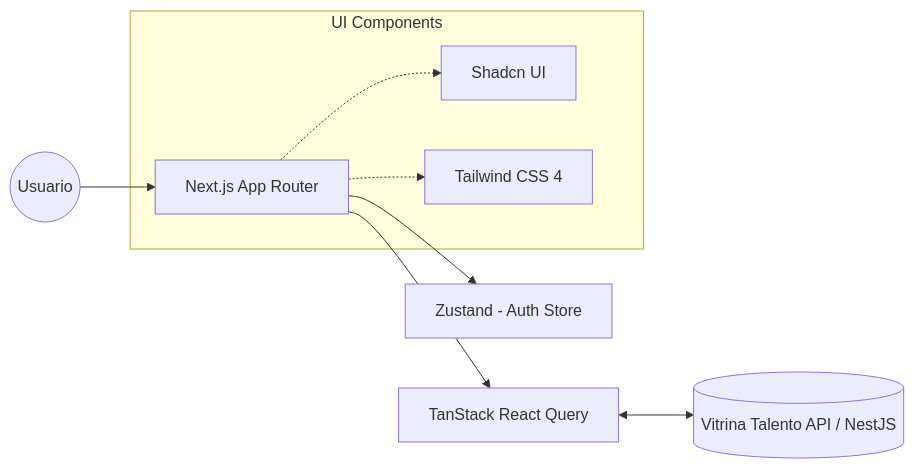
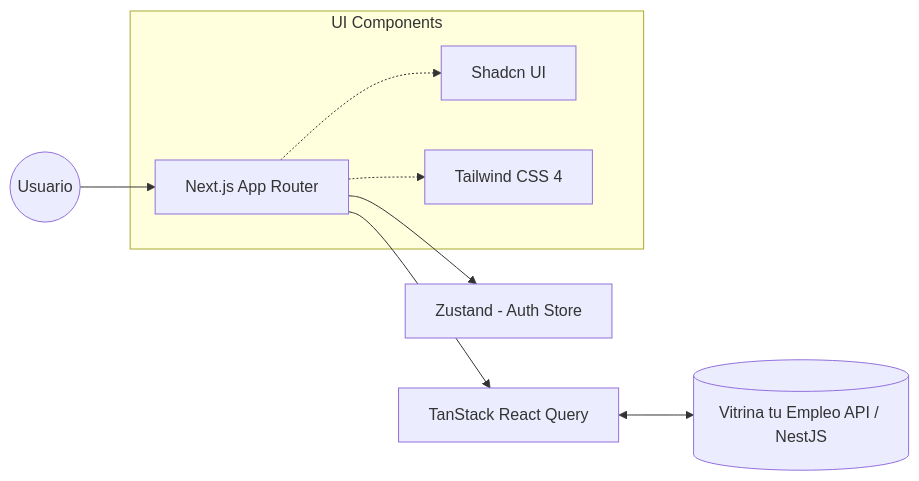
One commit to peteraraya/vitrina-talento-frontend changed the diagram in README.md. Above: the diagram before and after it, drawn with Mermaid. The commit also changed other lines of this file and 23 other files, not shown here.

````diff
--- a/README.md
+++ b/README.md
@@ -14,12 +14,12 @@
 ```mermaid
 graph LR;
     User((Usuario)) --> NextJS[Next.js App Router];
     NextJS --> Auth[Zustand - Auth Store];
     NextJS --> ReactQuery[TanStack React Query];
-    ReactQuery <--> API[(Vitrina Talento API / NestJS)];
+    ReactQuery <--> API[(Vitrina tu Empleo API / NestJS)];
     
     subgraph UI Components
         NextJS -.-> Shadcn[Shadcn UI];
         NextJS -.-> Tailwind[Tailwind CSS 4];
     end
 ```
````
